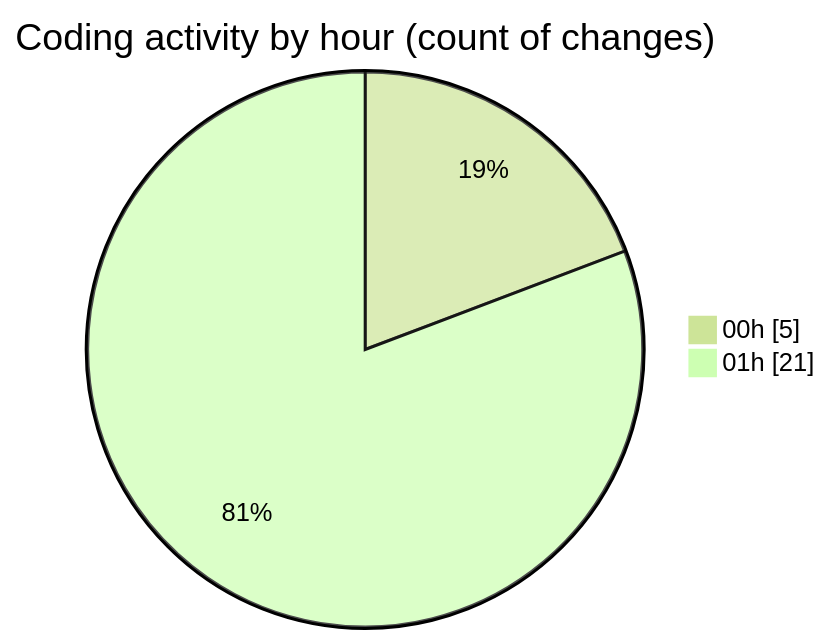
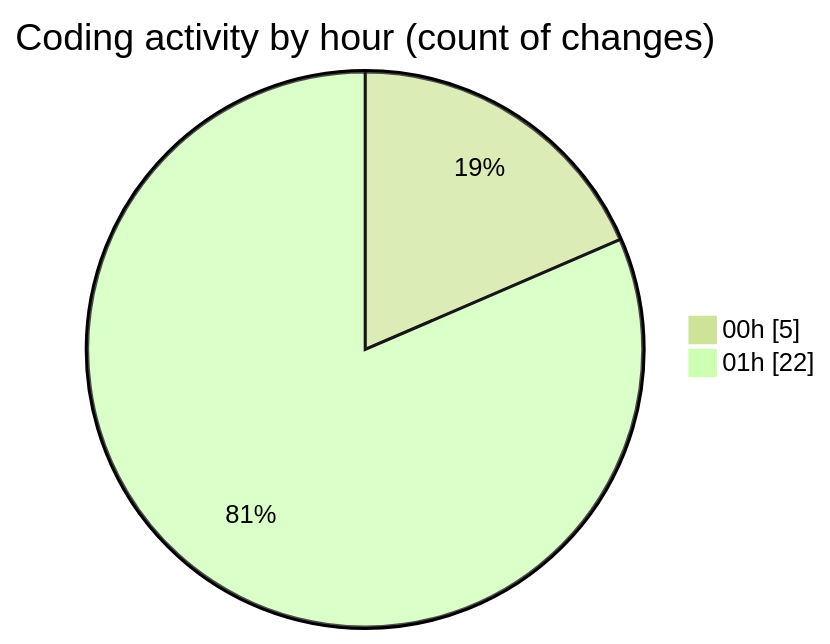
One commit to Netris89/code-tracking changed the second of 2 diagrams in 2025-03-30/echo/README.md. Above: the diagram before and after it, drawn with Mermaid (forest theme). The commit also changed other lines of this file and 1 other file, not shown here.

````diff
--- a/2025-03-30/echo/README.md
+++ b/2025-03-30/echo/README.md
@@ -30,6 +30,6 @@
 ```mermaid
 pie showData
 title Coding activity by hour (count of changes)
 "00h" : 5
-"01h" : 21
+"01h" : 22
 ```
````
